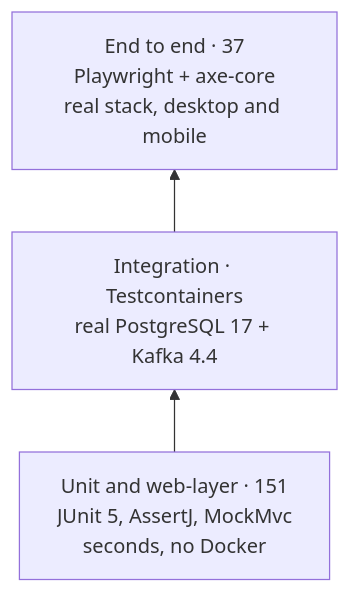
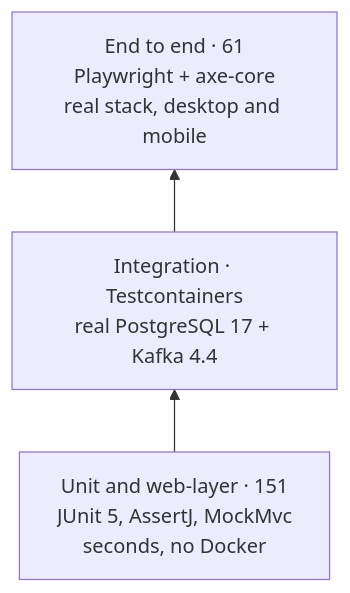
The diagram in docs/features/testing.md (heikaliskandar/chubb-claims-platform), drawn with Mermaid before and after one commit. The commit also changed 6 other files, not shown here.

````diff
--- a/docs/features/testing.md
+++ b/docs/features/testing.md
@@ -5,7 +5,7 @@
 ```mermaid
 flowchart BT
     U["Unit and web-layer · 151<br/>JUnit 5, AssertJ, MockMvc<br/>seconds, no Docker"]
     I["Integration · Testcontainers<br/>real PostgreSQL 17 + Kafka 4.4"]
-    E["End to end · 37<br/>Playwright + axe-core<br/>real stack, desktop and mobile"]
+    E["End to end · 61<br/>Playwright + axe-core<br/>real stack, desktop and mobile"]
     U --> I --> E
 ```
````
